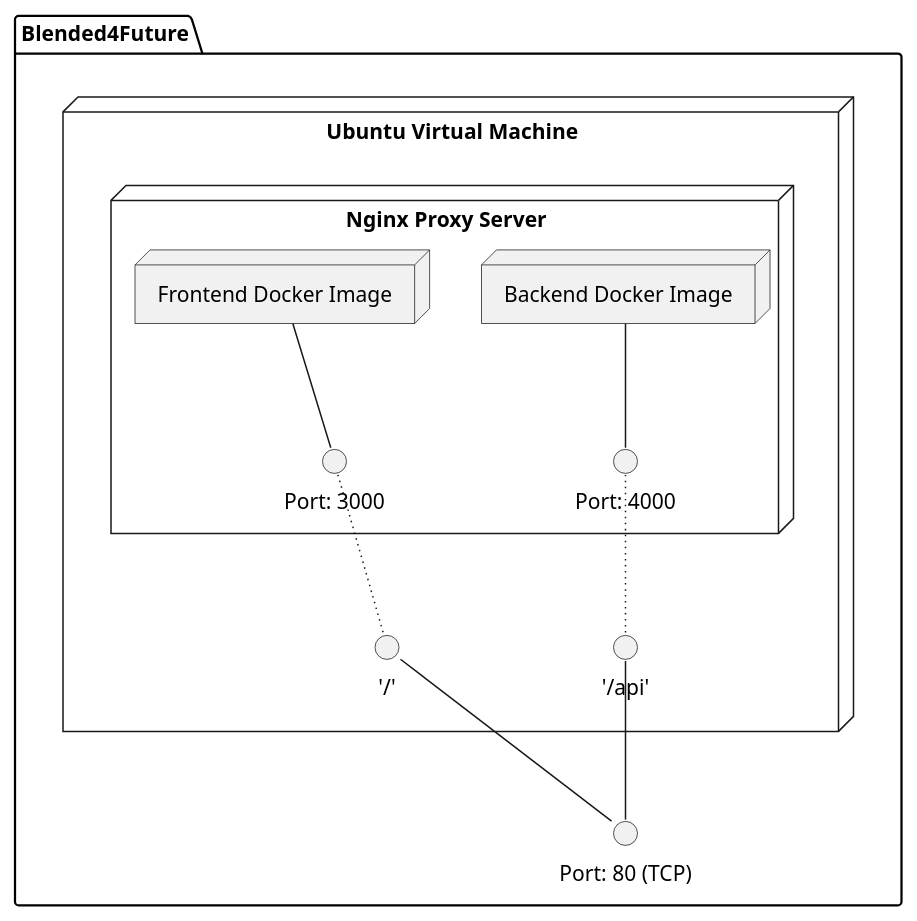
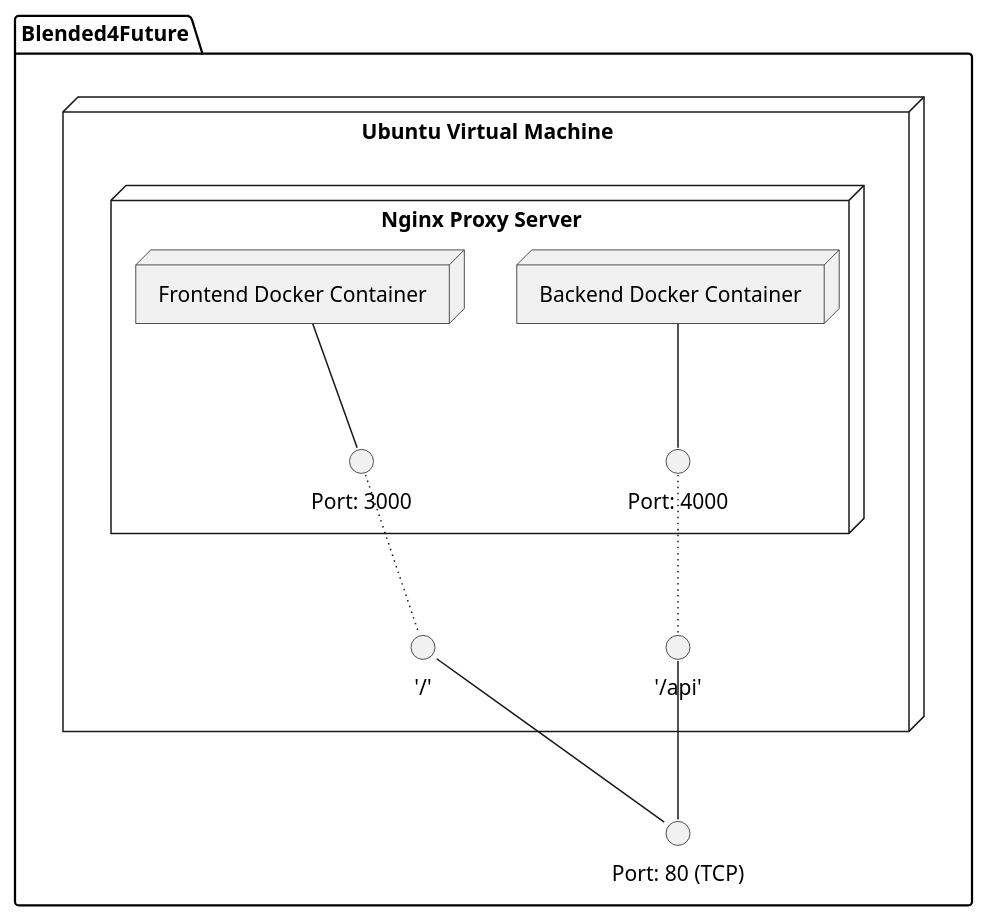
One commit to crodrigos/pesti-report changed the diagram in capitulos/cap3-analisedoproblema/assets/arquiteturasistema/physical/l3.puml. Above: the diagram before and after it, drawn with PlantUML. The commit also changed 13 other files, not shown here.

Commit message:
Adicionado Logo DEI, Diagramas atualizados

```diff
--- a/capitulos/cap3-analisedoproblema/assets/arquiteturasistema/physical/l3.puml
+++ b/capitulos/cap3-analisedoproblema/assets/arquiteturasistema/physical/l3.puml
@@ -1,33 +1,33 @@
 @startuml physical_l3
 
 package Blended4Future {
 
     interface tcp_int as "Port: 80 (TCP)"
     node vtm as "Ubuntu Virtual Machine" {
 
         interface nginx_backend as "'/api'"
         interface nginx_frontend as "'/'"
 
         node nginx as "Nginx Proxy Server" {
-            node frontend_docker as "Frontend Docker Image"
+            node frontend_docker as "Frontend Docker Container"
             interface frontend_docker_int as "Port: 3000"
             
             interface backend_docker_int as "Port: 4000"
-            node backend_docker as "Backend Docker Image"
+            node backend_docker as "Backend Docker Container"
 
             frontend_docker -d- frontend_docker_int
             backend_docker -d- backend_docker_int
 
             frontend_docker_int -[dotted]- nginx_frontend
             backend_docker_int -[dotted]- nginx_backend
         }
         
         nginx_backend -- tcp_int
         nginx_frontend -- tcp_int
         
     }
     vtm -[hidden]- tcp_int
 
 }
 
 @enduml
```
